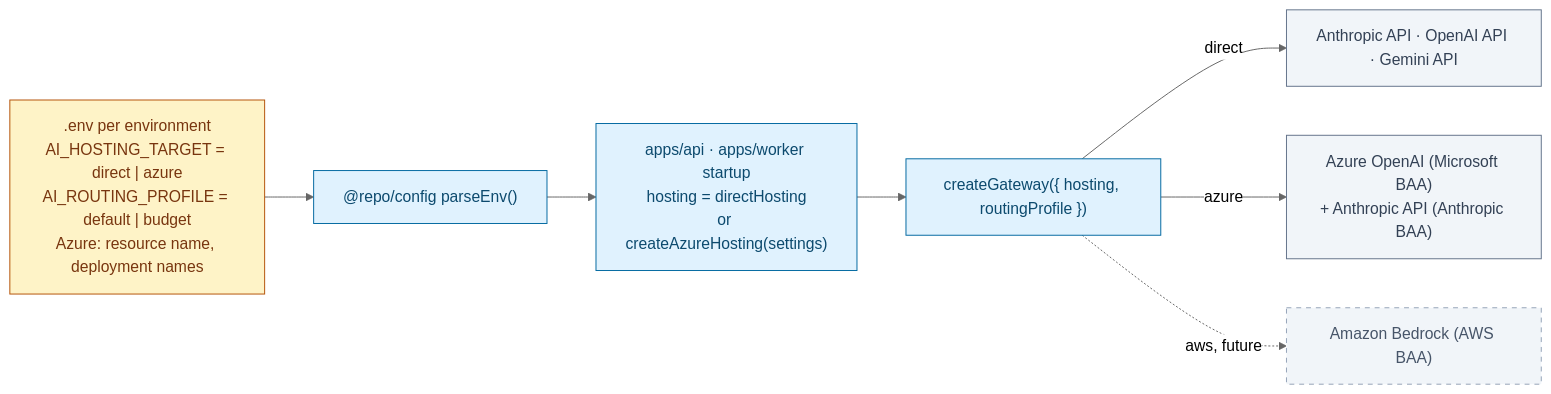
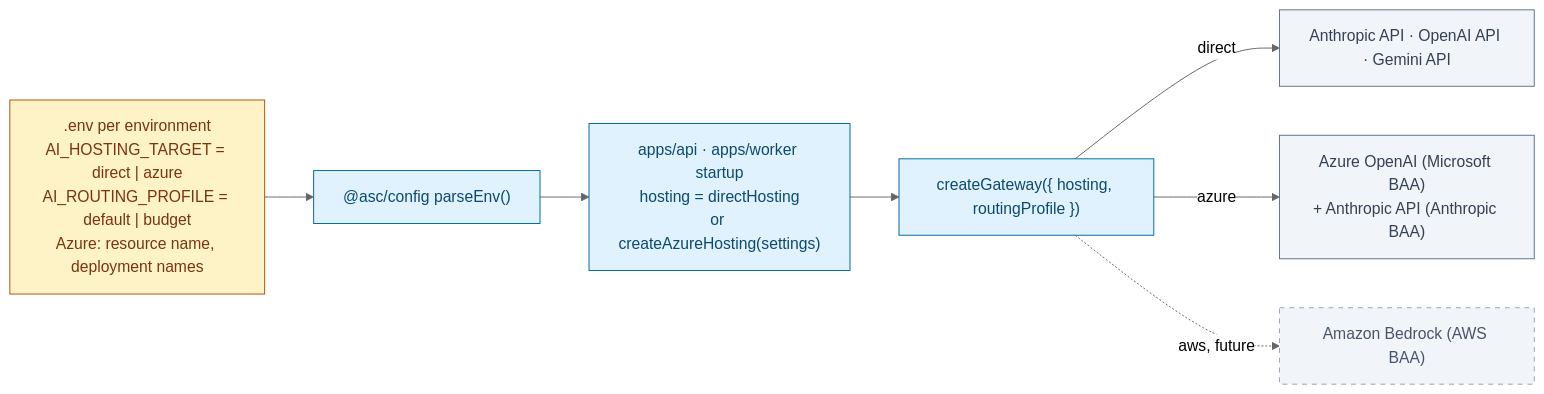
One commit to imRahul05/ASC-EHR changed the fourth of 4 diagrams in packages/agents/README.md. Above: the diagram before and after it, drawn with Mermaid (neutral theme). The commit also changed other lines of this file and 88 other files, not shown here.

First line of the commit message:
chore: rename internal package scope @repo/* -> @asc/*

````diff
--- a/packages/agents/README.md
+++ b/packages/agents/README.md
@@ -196,17 +196,17 @@
 ```mermaid
 flowchart LR
     classDef env fill:#fef3c7,stroke:#b45309,color:#78350f
     classDef app fill:#e0f2fe,stroke:#0369a1,color:#0c4a6e
     classDef ext fill:#f1f5f9,stroke:#64748b,color:#334155
     classDef future fill:#f1f5f9,stroke:#94a3b8,color:#475569,stroke-dasharray: 5 5
 
     ENV[".env per environment<br/>AI_HOSTING_TARGET = direct | azure<br/>AI_ROUTING_PROFILE = default | budget<br/>Azure: resource name, deployment names"]:::env
-    CFG["@repo/config parseEnv()"]:::app
+    CFG["@asc/config parseEnv()"]:::app
     APP["apps/api · apps/worker startup<br/>hosting = directHosting<br/>or createAzureHosting(settings)"]:::app
     GW["createGateway({ hosting, routingProfile })"]:::app
 
     ENV --> CFG --> APP --> GW
     GW -->|direct| V1["Anthropic API · OpenAI API · Gemini API"]:::ext
     GW -->|azure| V2["Azure OpenAI (Microsoft BAA)<br/>+ Anthropic API (Anthropic BAA)"]:::ext
     GW -.->|aws, future| V3["Amazon Bedrock (AWS BAA)"]:::future
 ```
````
